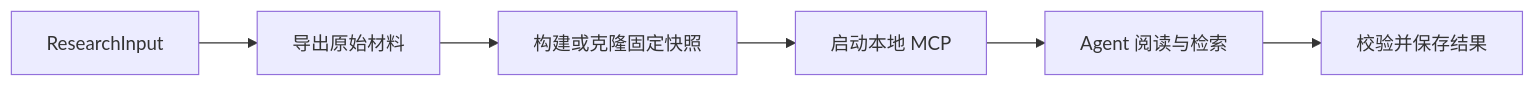
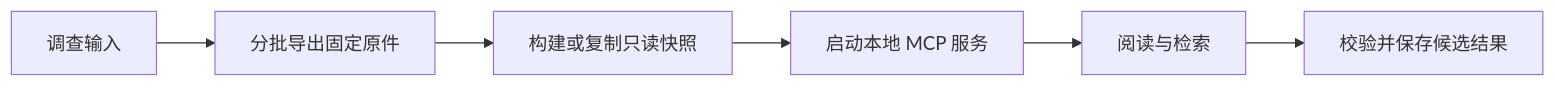
Before and after one commit to lejunyang/omem: the diagram in .repo-review/knowledge/articles/052b7a5f06c5ca089f216633bf39395608fd9bad8adc088f98b214b6749761f3.md, drawn with Mermaid. The commit also changed other lines of this file and 13 other files, not shown here.

````diff
--- a/.repo-review/knowledge/articles/052b7a5f06c5ca089f216633bf39395608fd9bad8adc088f98b214b6749761f3.md
+++ b/.repo-review/knowledge/articles/052b7a5f06c5ca089f216633bf39395608fd9bad8adc088f98b214b6749761f3.md
@@ -12,8 +12,8 @@
 ```mermaid
 flowchart LR
-  A[ResearchInput] --> B[导出原始材料]
-  B --> C[构建或克隆固定快照]
-  C --> D[启动本地 MCP]
-  D --> E[Agent 阅读与检索]
-  E --> F[校验并保存结果]
+  A[调查输入] --> B[分批导出固定原件]
+  B --> C[构建或复制只读快照]
+  C --> D[启动本地 MCP 服务]
+  D --> E[阅读与检索]
+  E --> F[校验并保存候选结果]
 ```
````
